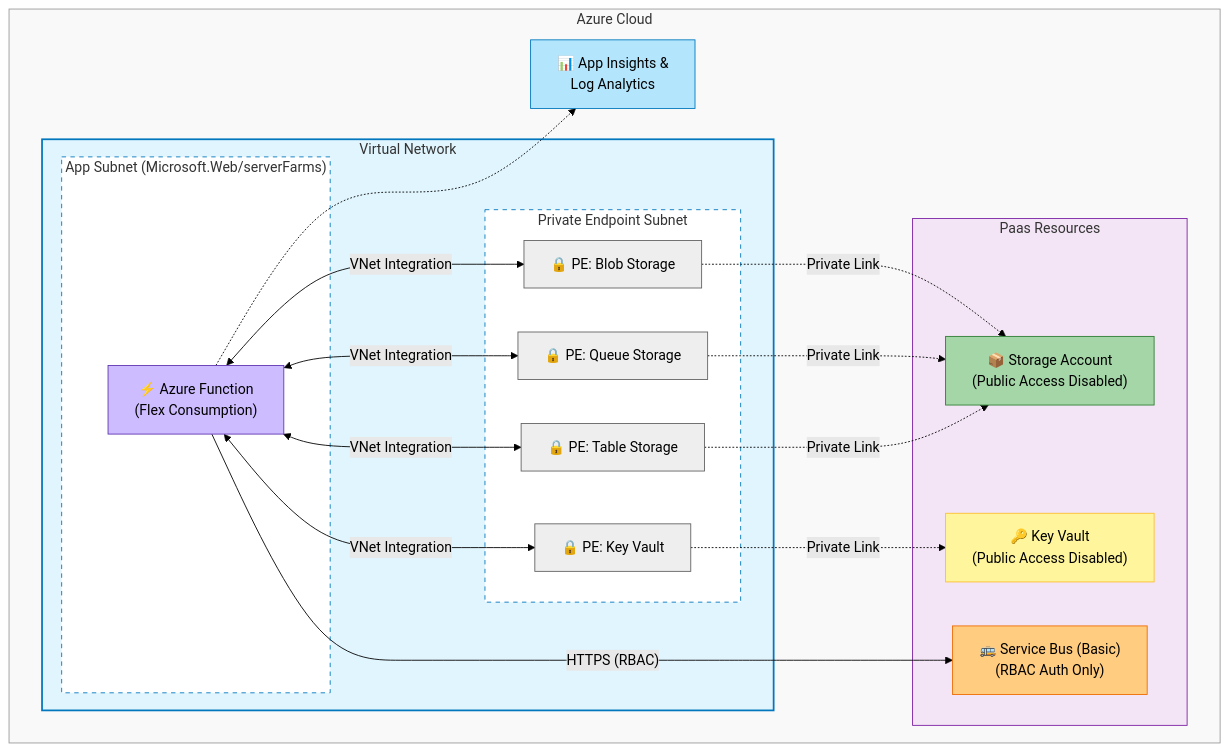
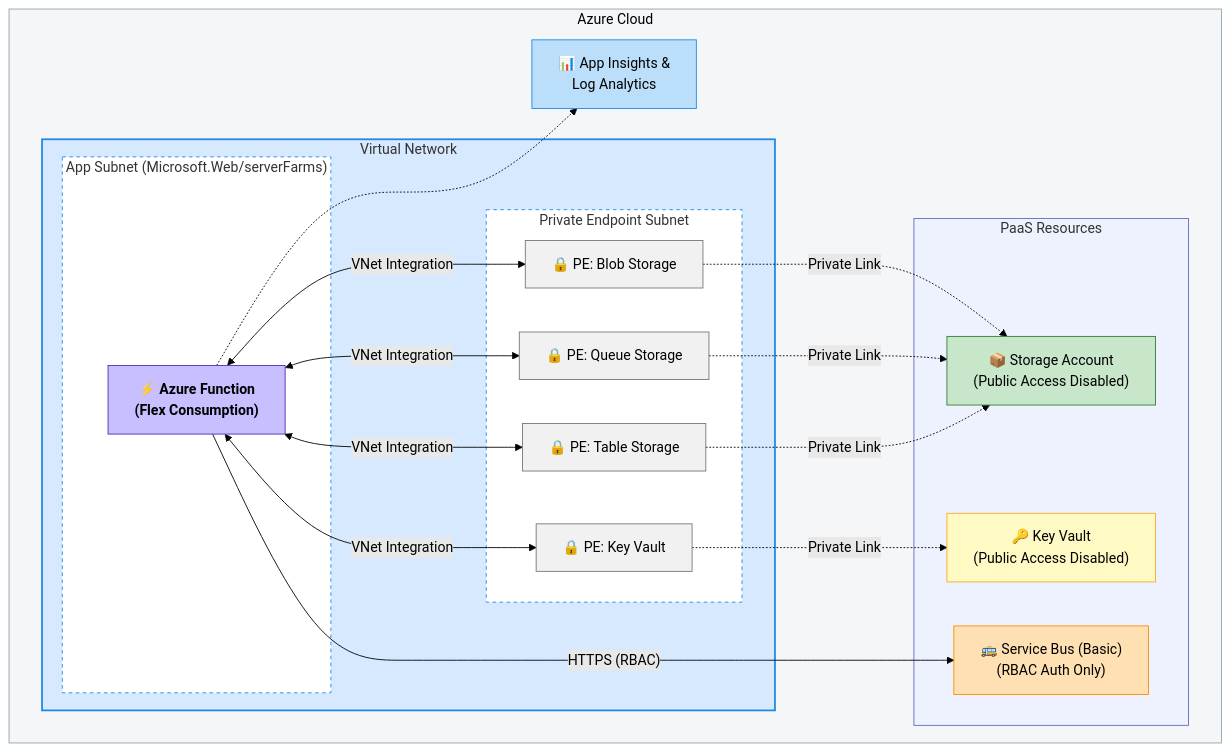
One commit to Oglaf/secure-azure-functions-flex changed the diagram in README.md. Above: the diagram before and after it, drawn with Mermaid (forest theme). The commit also changed other lines of this file, not shown here.

````diff
--- a/README.md
+++ b/README.md
@@ -7,59 +9,61 @@
 ```mermaid
 graph TD
+    %% --- Groups ---
     subgraph Azure["Azure Cloud"]
-        style Azure fill:#f9f9f9,stroke:#999
-        
+        style Azure fill:#f4f6f8,stroke:#8ca0b3,stroke-width:1px,color:#000
+
         subgraph VNet["Virtual Network"]
-            style VNet fill:#e1f5fe,stroke:#0277bd,stroke-width:2px
-            
+            style VNet fill:#d6e9ff,stroke:#1e88e5,stroke-width:2px
+
             subgraph AppSubnet["App Subnet (Microsoft.Web/serverFarms)"]
-                style AppSubnet fill:#ffffff,stroke:#0277bd,stroke-dasharray: 5 5
+                style AppSubnet fill:#ffffff,stroke:#1e88e5,stroke-dasharray: 4 4
                 FuncApp["⚡ Azure Function<br/>(Flex Consumption)"]:::function
             end
-            
+
             subgraph PESubnet["Private Endpoint Subnet"]
-                style PESubnet fill:#ffffff,stroke:#0277bd,stroke-dasharray: 5 5
+                style PESubnet fill:#ffffff,stroke:#1e88e5,stroke-dasharray: 4 4
                 PE_Blob["🔒 PE: Blob Storage"]:::pe
                 PE_Queue["🔒 PE: Queue Storage"]:::pe
                 PE_Table["🔒 PE: Table Storage"]:::pe
                 PE_KV["🔒 PE: Key Vault"]:::pe
             end
         end
 
-        subgraph ManagedServices["Paas Resources"]
-            style ManagedServices fill:#f3e5f5,stroke:#7b1fa2
-            
+        subgraph ManagedServices["PaaS Resources"]
+            style ManagedServices fill:#eef2ff,stroke:#5c6bc0
+
             Storage["📦 Storage Account<br/>(Public Access Disabled)"]:::storage
             KV["🔑 Key Vault<br/>(Public Access Disabled)"]:::kv
             SB["🚌 Service Bus (Basic)<br/>(RBAC Auth Only)"]:::sb
         end
-        
+
         Monitor["📊 App Insights &<br/>Log Analytics"]:::monitor
     end
 
-    %% Networking Flows
+    %% --- Networking Flows ---
     FuncApp <-->|"VNet Integration"| PE_Blob
     FuncApp <-->|"VNet Integration"| PE_Queue
     FuncApp <-->|"VNet Integration"| PE_Table
     FuncApp <-->|"VNet Integration"| PE_KV
-    
-    %% Private Link Connections
+
+    %% --- Private Link Connections ---
     PE_Blob -.->|"Private Link"| Storage
     PE_Queue -.->|"Private Link"| Storage
     PE_Table -.->|"Private Link"| Storage
     PE_KV -.->|"Private Link"| KV
-    
-    %% Service Bus Flow (Public but RBAC secured)
+
+    %% --- Service Bus Flow (Public but RBAC secured) ---
     FuncApp -- "HTTPS (RBAC)" --> SB
-    
-    %% Monitoring
+
+    %% --- Monitoring ---
     FuncApp -.-> Monitor
 
-    %% Styling
-    classDef function fill:#cdbcff,stroke:#5e35b1,color:black;
-    classDef storage fill:#a5d6a7,stroke:#2e7d32,color:black;
-    classDef kv fill:#fff59d,stroke:#fbc02d,color:black;
-    classDef sb fill:#ffcc80,stroke:#ef6c00,color:black;
-    classDef pe fill:#eeeeee,stroke:#616161,stroke-width:1px,color:black;
-    classDef monitor fill:#b3e5fc,stroke:#0277bd,color:black;
+    %% --- Styling ---
+    classDef function fill:#c7bfff,stroke:#512da8,color:#000,font-weight:bold;
+    classDef storage fill:#c8e6c9,stroke:#2e7d32,color:#000;
+    classDef kv fill:#fff9c4,stroke:#f9a825,color:#000;
+    classDef sb fill:#ffe0b2,stroke:#fb8c00,color:#000;
+    classDef pe fill:#f1f1f1,stroke:#757575,stroke-width:1px,color:#000;
+    classDef monitor fill:#bbdefb,stroke:#1e88e5,color:#000;
+
 ```
````
